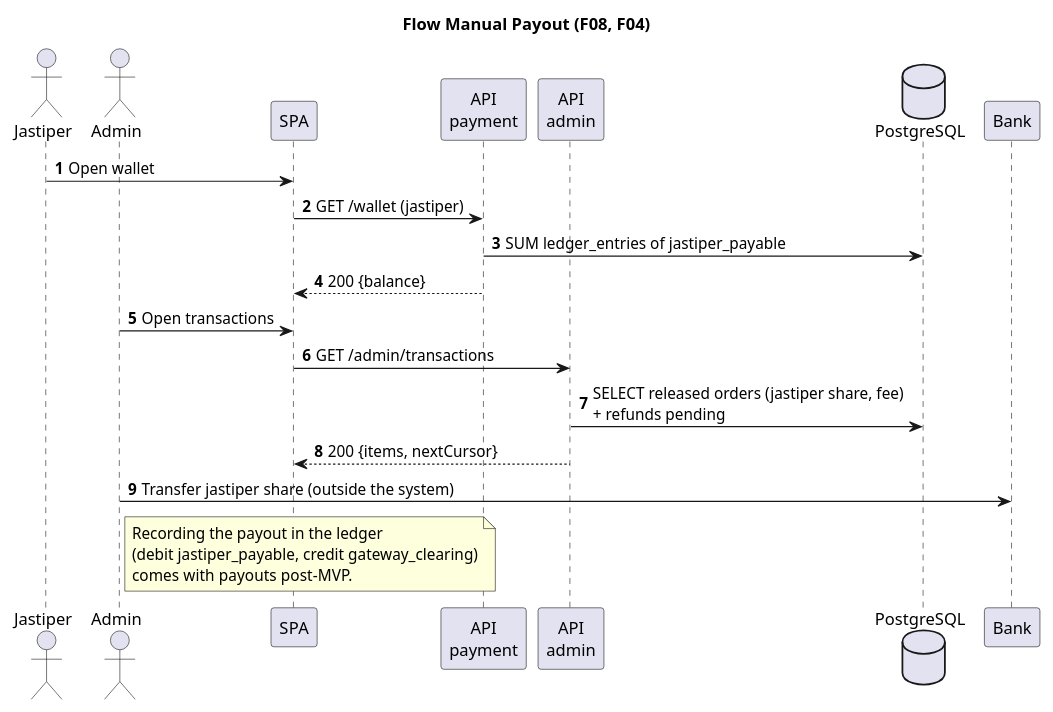
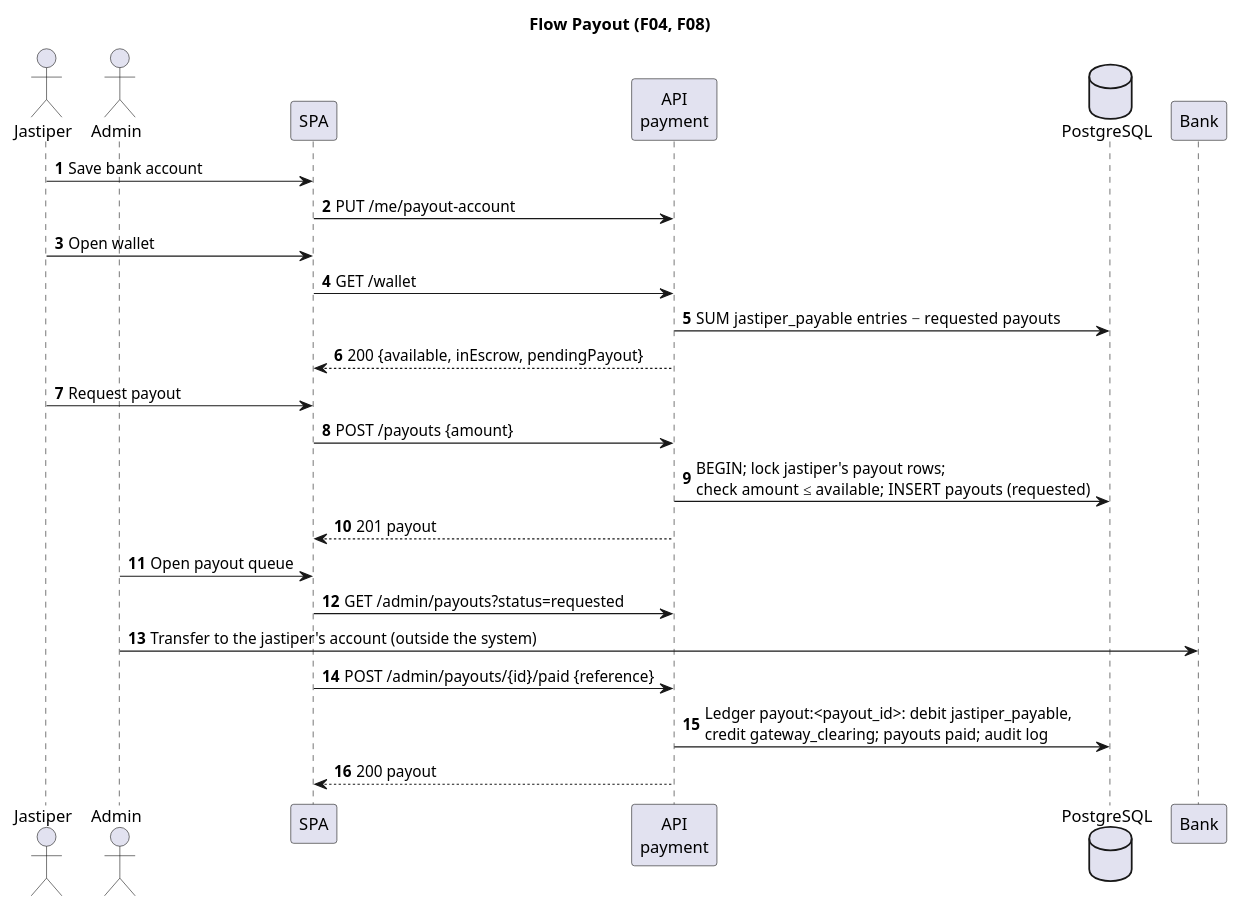
The seventh of 8 diagrams in docs/features/README.md (Titip-Dong/titipdong-be), drawn with PlantUML before and after one commit. The commit also changed other lines of this file and 11 other files, not shown here.

````diff
--- a/docs/features/README.md
+++ b/docs/features/README.md
@@ -448,32 +387,33 @@
 ```plantuml
 @startuml payout
 
-title Flow Manual Payout (F08, F04)
+title Flow Payout (F04, F08)
 
 actor       "Jastiper"          as jas
 actor       "Admin"             as admin
 participant "SPA"               as fe
 participant "API\npayment"      as pay
-participant "API\nadmin"        as adm
 database    "PostgreSQL"        as db
 participant "Bank"              as bank
 
 autonumber
+jas -> fe       : Save bank account
+fe -> pay       : PUT /me/payout-account
 jas -> fe       : Open wallet
-fe -> pay       : GET /wallet (jastiper)
-pay -> db       : SUM ledger_entries of jastiper_payable
-pay --> fe      : 200 {balance}
+fe -> pay       : GET /wallet
+pay -> db       : SUM jastiper_payable entries − requested payouts
+pay --> fe      : 200 {available, inEscrow, pendingPayout}
+jas -> fe       : Request payout
+fe -> pay       : POST /payouts {amount}
+pay -> db       : BEGIN; lock jastiper's payout rows;\ncheck amount ≤ available; INSERT payouts (requested)
+pay --> fe      : 201 payout
 
-admin -> fe     : Open transactions
-fe -> adm       : GET /admin/transactions
-adm -> db       : SELECT released orders (jastiper share, fee)\n+ refunds pending
-adm --> fe      : 200 {items, nextCursor}
-admin -> bank   : Transfer jastiper share (outside the system)
-note right of admin
-  Recording the payout in the ledger
-  (debit jastiper_payable, credit gateway_clearing)
-  comes with payouts post-MVP.
-end note
+admin -> fe     : Open payout queue
+fe -> pay       : GET /admin/payouts?status=requested
+admin -> bank   : Transfer to the jastiper's account (outside the system)
+fe -> pay       : POST /admin/payouts/{id}/paid {reference}
+pay -> db       : Ledger payout:<payout_id>: debit jastiper_payable,\ncredit gateway_clearing; payouts paid; audit log
+pay --> fe      : 200 payout
 
 @enduml
 ```
````
